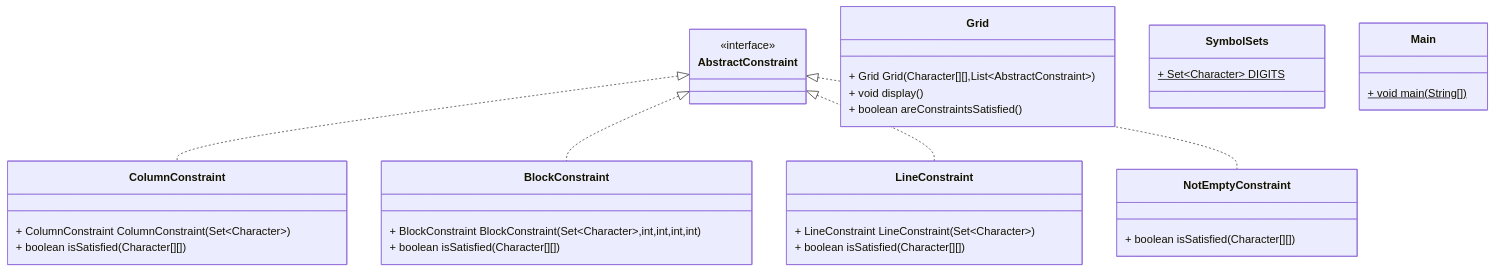
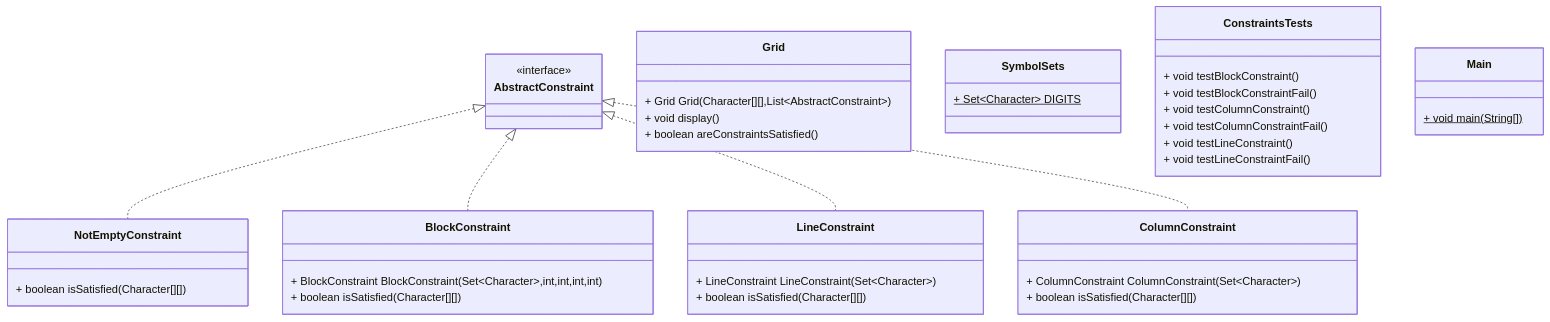
The second of 2 diagrams in README.md (FlashOnFire/SUUUUUUUUUUUudoku), drawn with Mermaid before and after one commit.

Commit message:
refactor: update class diagram

````diff
--- a/README.md
+++ b/README.md
@@ -33,44 +33,53 @@
 ```mermaid
 classDiagram
+class NotEmptyConstraint { 
++ boolean isSatisfied(Character[][])
+}
+
+class BlockConstraint { 
++ BlockConstraint BlockConstraint(Set~Character~,int,int,int,int)
++ boolean isSatisfied(Character[][])
+}
+
+class LineConstraint { 
++ LineConstraint LineConstraint(Set~Character~)
++ boolean isSatisfied(Character[][])
+}
+
 class AbstractConstraint { 
 <<interface>>
 }
 
 class Grid { 
 + Grid Grid(Character[][],List~AbstractConstraint~)
 + void display()
 + boolean areConstraintsSatisfied()
 }
 
+class SymbolSets { 
++ Set~Character~ DIGITS$
+}
+
 class ColumnConstraint { 
 + ColumnConstraint ColumnConstraint(Set~Character~)
 + boolean isSatisfied(Character[][])
 }
 
-class BlockConstraint { 
-+ BlockConstraint BlockConstraint(Set~Character~,int,int,int,int)
-+ boolean isSatisfied(Character[][])
-}
-
-class SymbolSets { 
-+ Set~Character~ DIGITS$
-}
-
-class LineConstraint { 
-+ LineConstraint LineConstraint(Set~Character~)
-+ boolean isSatisfied(Character[][])
-}
-
-class NotEmptyConstraint { 
-+ boolean isSatisfied(Character[][])
+class ConstraintsTests { 
++ void testBlockConstraint()
++ void testBlockConstraintFail()
++ void testColumnConstraint()
++ void testColumnConstraintFail()
++ void testLineConstraint()
++ void testLineConstraintFail()
 }
 
 class Main { 
 + void main(String[])$
 }
 
-AbstractConstraint <|.. ColumnConstraint
+AbstractConstraint <|.. NotEmptyConstraint
 AbstractConstraint <|.. BlockConstraint
 AbstractConstraint <|.. LineConstraint
-AbstractConstraint <|.. NotEmptyConstraint
+AbstractConstraint <|.. ColumnConstraint
 ```
````
